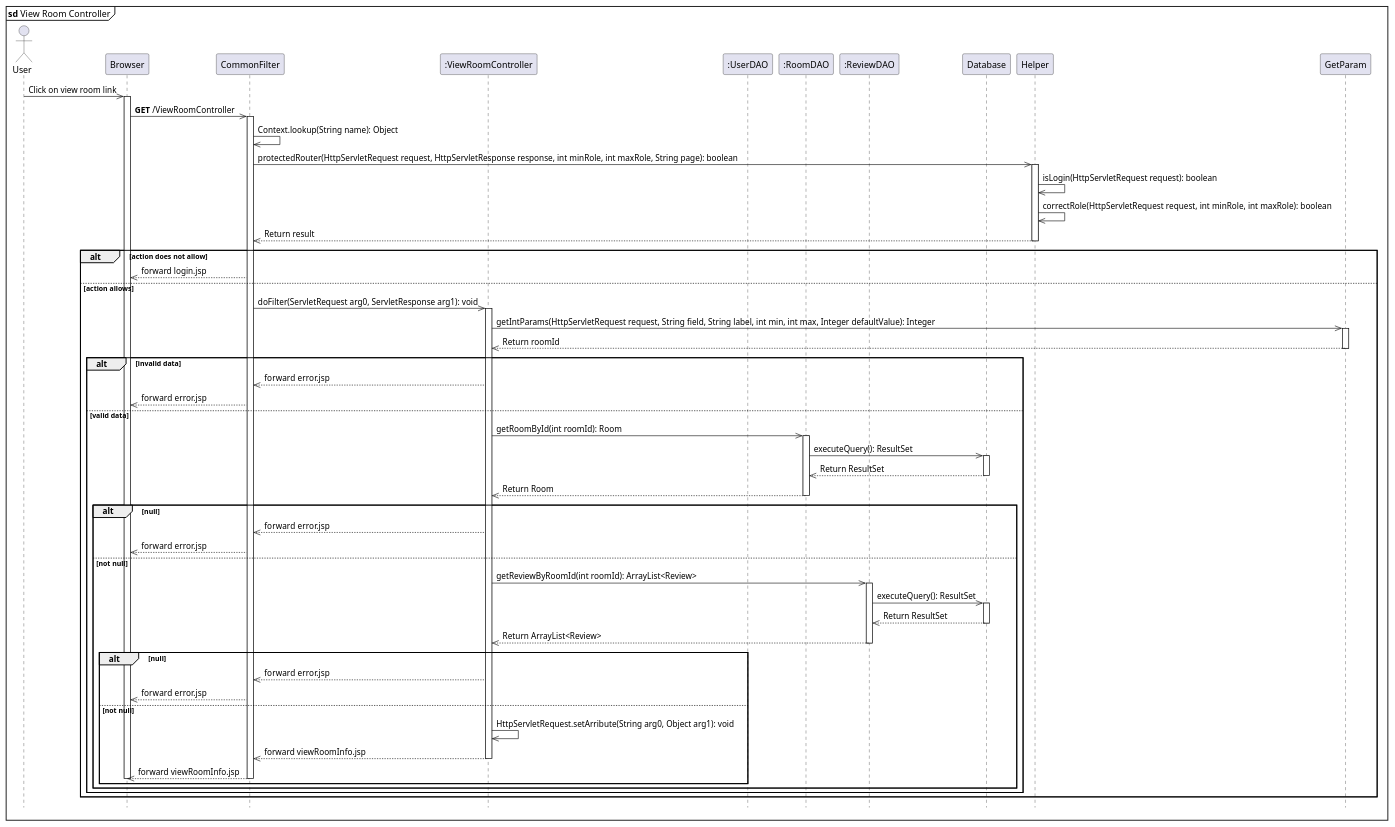
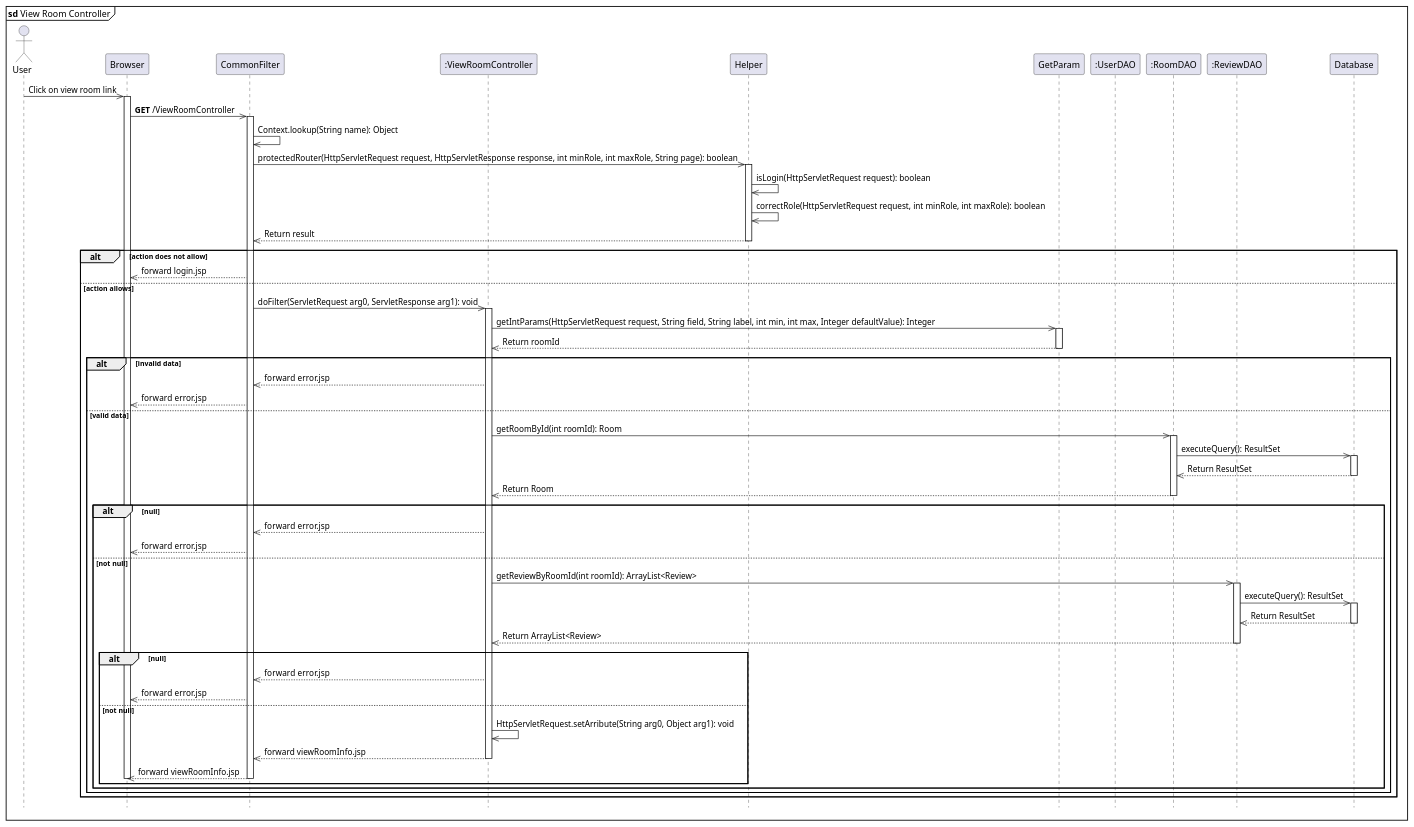
One commit to tantruong2303/booking-hotel changed the diagram in data/viewRoomController.puml. Above: the diagram before and after it, drawn with PlantUML. The commit also changed other lines of this file and 4 other files, not shown here.

```diff
--- a/data/viewRoomController.puml
+++ b/data/viewRoomController.puml
@@ -1,79 +1,79 @@
 @startuml
 mainframe **sd** View Room Controller
 hide footbox
 actor User
 participant "Browser" as Browser
 participant "CommonFilter" as CommonFilter
 participant ":ViewRoomController" as ViewRoomController
+participant "Helper" as Helper
+participant "GetParam" as GetParam
 participant ":UserDAO" as UserDAO
 participant ":RoomDAO" as RoomDAO
 participant ":ReviewDAO" as ReviewDAO
 participant "Database" as Database
-participant "Helper" as Helper
-participant "GetParam" as GetParam
 
 User ->> Browser: Click on view room link
 activate Browser
 Browser ->> CommonFilter: **GET** /ViewRoomController
 activate CommonFilter
 CommonFilter ->> CommonFilter: Context.lookup(String name): Object
 CommonFilter ->> Helper: protectedRouter(HttpServletRequest request, HttpServletResponse response, int minRole, int maxRole, String page): boolean
 activate Helper
 Helper ->> Helper: isLogin(HttpServletRequest request): boolean
 Helper ->> Helper: correctRole(HttpServletRequest request, int minRole, int maxRole): boolean
 Helper -->> CommonFilter: Return result
 deactivate Helper
 
 alt action does not allow
     CommonFilter -->> Browser: forward login.jsp
 
 else action allows
     CommonFilter ->> ViewRoomController: doFilter(ServletRequest arg0, ServletResponse arg1): void
     activate ViewRoomController
     ViewRoomController ->> GetParam: getIntParams(HttpServletRequest request, String field, String label, int min, int max, Integer defaultValue): Integer
     activate GetParam
     GetParam -->> ViewRoomController: Return roomId
     deactivate GetParam
 
     alt invalid data
         ViewRoomController -->> CommonFilter: forward error.jsp
         CommonFilter -->> Browser: forward error.jsp
     else valid data
         ViewRoomController ->> RoomDAO: getRoomById(int roomId): Room
         activate RoomDAO
         RoomDAO ->> Database: executeQuery(): ResultSet
         activate Database
         Database -->> RoomDAO: Return ResultSet
         deactivate Database
         RoomDAO -->> ViewRoomController: Return Room
         deactivate RoomDAO
 
         alt null
             ViewRoomController -->> CommonFilter: forward error.jsp
             CommonFilter -->> Browser: forward error.jsp
         else not null
             ViewRoomController ->> ReviewDAO: getReviewByRoomId(int roomId): ArrayList<Review>
             activate ReviewDAO
             ReviewDAO ->> Database: executeQuery(): ResultSet
             activate Database
             Database -->> ReviewDAO: Return ResultSet
             deactivate Database
             ReviewDAO -->> ViewRoomController: Return ArrayList<Review>
             deactivate ReviewDAO
 
             alt null
                 ViewRoomController -->> CommonFilter: forward error.jsp
                 CommonFilter -->> Browser: forward error.jsp
             else not null
                 ViewRoomController ->> ViewRoomController: HttpServletRequest.setArribute(String arg0, Object arg1): void
                 ViewRoomController -->> CommonFilter: forward viewRoomInfo.jsp
                 deactivate ViewRoomController
                 CommonFilter -->> Browser: forward viewRoomInfo.jsp
                 deactivate CommonFilter
                 deactivate Browser
             end
 
         end
     end
 end
 @enduml
```
